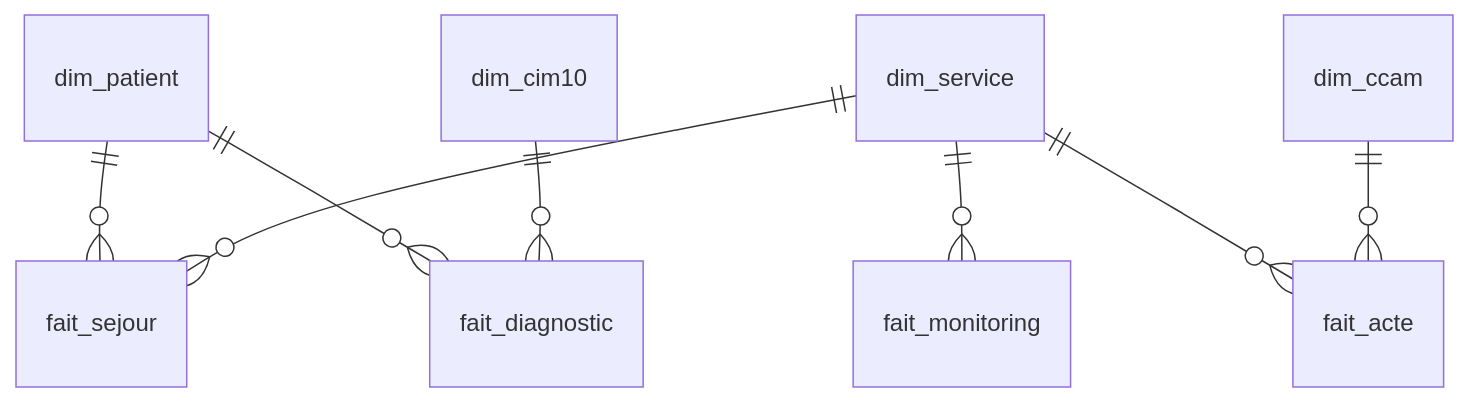
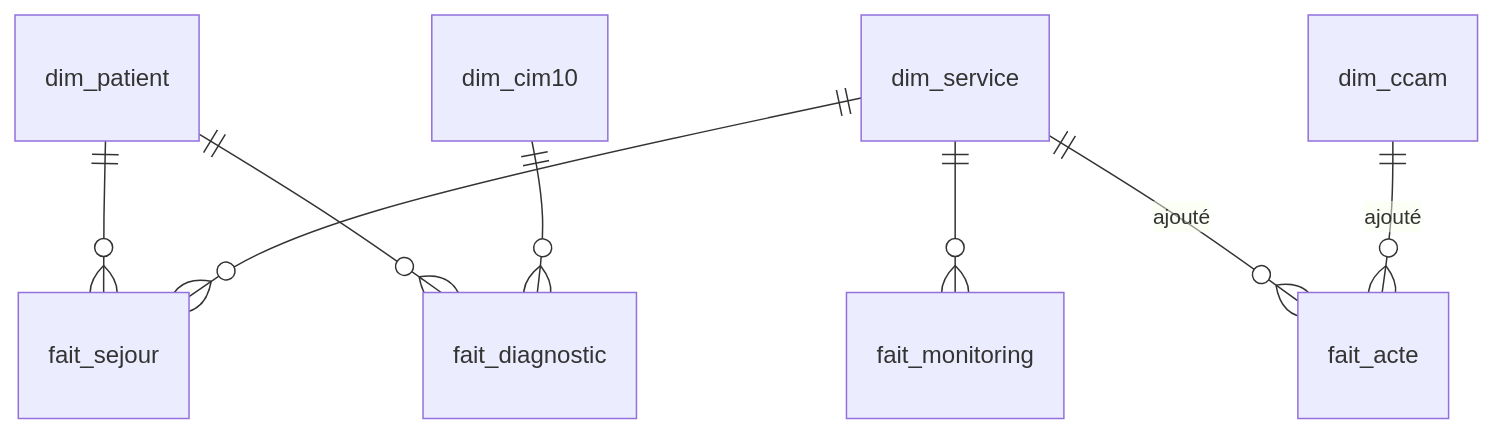
One commit to G1TS23/big-data changed the third of 3 diagrams in docs/DOSSIER.md. Above: the diagram before and after it, drawn with Mermaid. The commit also changed other lines of this file, not shown here.

````diff
--- a/docs/DOSSIER.md
+++ b/docs/DOSSIER.md
@@ -221,10 +411,10 @@
 ```mermaid
 erDiagram
     dim_patient  ||--o{ fait_sejour     : ""
     dim_patient  ||--o{ fait_diagnostic : ""
     dim_service  ||--o{ fait_sejour     : ""
     dim_service  ||--o{ fait_monitoring : ""
-    dim_service  ||--o{ fait_acte       : ""
     dim_cim10    ||--o{ fait_diagnostic : ""
-    dim_ccam     ||--o{ fait_acte       : ""
+    dim_service  ||--o{ fait_acte       : "ajouté"
+    dim_ccam     ||--o{ fait_acte       : "ajouté"
 ```
````
